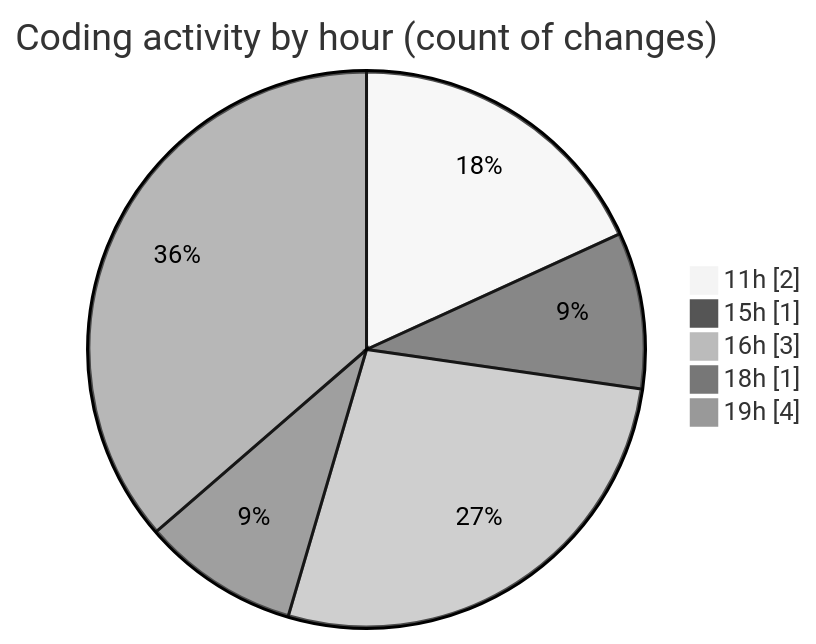
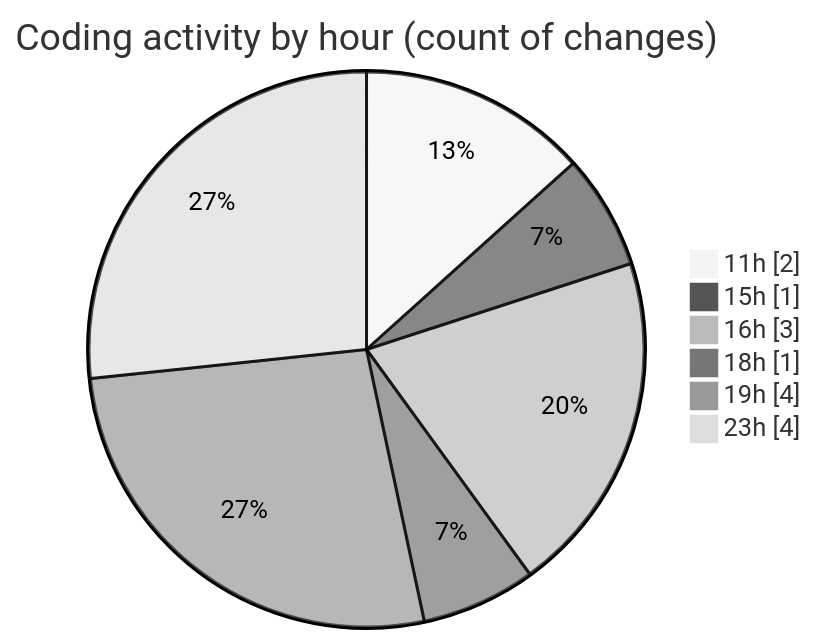
Before and after one commit to nxtqubesakshisongat/code-tracking: the second of 2 diagrams in 2026-08-09/nxtqube_webapp/README.md, drawn with Mermaid (neutral theme). The commit also changed other lines of this file and 1 other file, not shown here.

````diff
--- a/2026-08-09/nxtqube_webapp/README.md
+++ b/2026-08-09/nxtqube_webapp/README.md
@@ -31,9 +32,10 @@
 ```mermaid
 pie showData
 title Coding activity by hour (count of changes)
 "11h" : 2
 "15h" : 1
 "16h" : 3
 "18h" : 1
 "19h" : 4
+"23h" : 4
 ```
````
